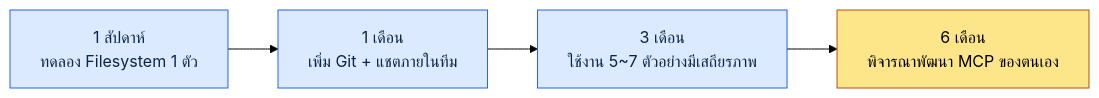
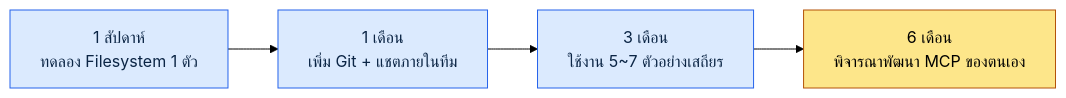
The diagram in manuscript/part99-appendix/appendix-E-mcp-server-catalog.md (eremes81/game-design-ai-practice-th), drawn with Mermaid (forest theme) before and after one commit. The commit also changed 5 other files, not shown here.

````diff
--- a/manuscript/part99-appendix/appendix-E-mcp-server-catalog.md
+++ b/manuscript/part99-appendix/appendix-E-mcp-server-catalog.md
@@ -84,10 +84,10 @@
 ```mermaid
 flowchart LR
     A["1 สัปดาห์<br/>ทดลอง Filesystem 1 ตัว"] --> B["1 เดือน<br/>เพิ่ม Git + แชตภายในทีม"]
-    B --> C["3 เดือน<br/>ใช้งาน 5~7 ตัวอย่างมีเสถียรภาพ"]
+    B --> C["3 เดือน<br/>ใช้งาน 5~7 ตัวอย่างเสถียร"]
     C --> D["6 เดือน<br/>พิจารณาพัฒนา MCP ของตนเอง"]
     classDef code fill:#dbeafe,stroke:#2563eb,color:#0b2545;
     classDef human fill:#fde68a,stroke:#b45309,color:#000;
     class A,B,C code;
     class D human;
 ```
````
